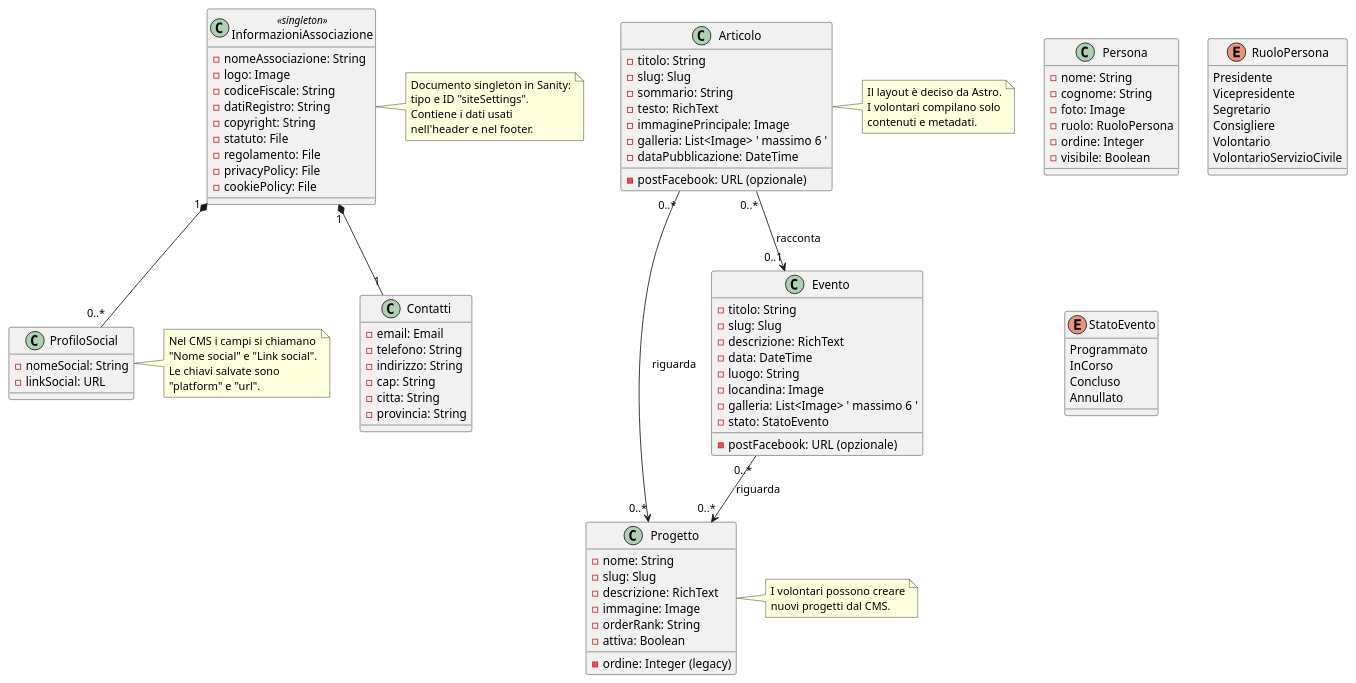
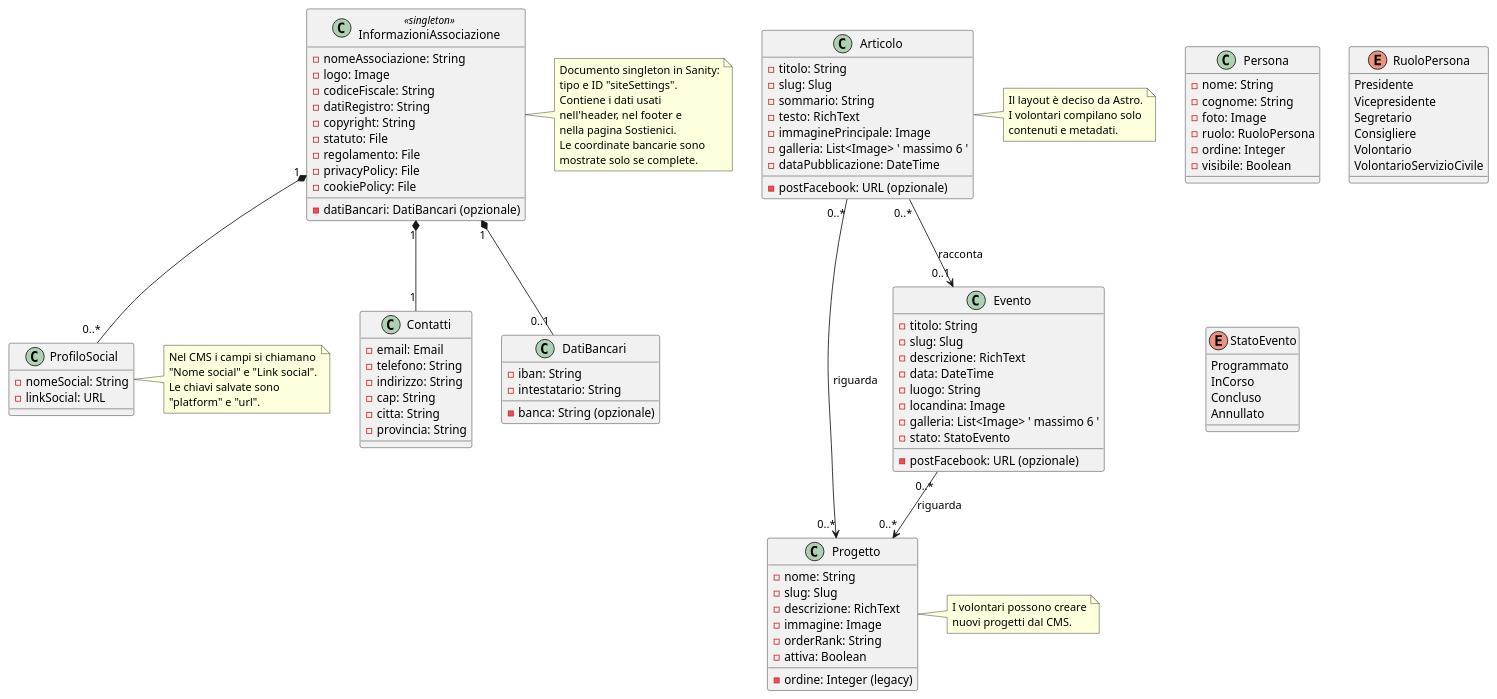
Before and after one commit to bickpenna/Assoe: the diagram in docs/class.puml, drawn with PlantUML. The commit also changed 14 other files, not shown here.

```diff
--- a/docs/class.puml
+++ b/docs/class.puml
@@ -1,135 +1,146 @@
 @startuml
 
 ' ============================================================
 ' Contenuti globali
 ' ============================================================
 
 class InformazioniAssociazione <<singleton>> {
     -nomeAssociazione: String
     -logo: Image
     -codiceFiscale: String
+    -datiBancari: DatiBancari (opzionale)
     -datiRegistro: String
     -copyright: String
     -statuto: File
     -regolamento: File
     -privacyPolicy: File
     -cookiePolicy: File
 }
 
 class Contatti {
     -email: Email
     -telefono: String
     -indirizzo: String
     -cap: String
     -citta: String
     -provincia: String
 }
 
 class ProfiloSocial {
     -nomeSocial: String
     -linkSocial: URL
+}
+
+class DatiBancari {
+    -iban: String
+    -intestatario: String
+    -banca: String (opzionale)
 }
 
 ' ============================================================
 ' Contenuti editoriali
 ' ============================================================
 
 class Progetto {
     -nome: String
     -slug: Slug
     -descrizione: RichText
     -immagine: Image
     -orderRank: String
     -ordine: Integer (legacy)
     -attiva: Boolean
 }
 
 class Articolo {
     -titolo: String
     -slug: Slug
     -sommario: String
     -testo: RichText
     -postFacebook: URL (opzionale)
     -immaginePrincipale: Image
     -galleria: List<Image> ' massimo 6 '
     -dataPubblicazione: DateTime
 }
 
 class Evento {
     -titolo: String
     -slug: Slug
     -descrizione: RichText
     -postFacebook: URL (opzionale)
     -data: DateTime
     -luogo: String
     -locandina: Image
     -galleria: List<Image> ' massimo 6 '
     -stato: StatoEvento
 }
 
 class Persona {
     -nome: String
     -cognome: String
     -foto: Image
     -ruolo: RuoloPersona
     -ordine: Integer
     -visibile: Boolean
 }
 
 ' ==============================================================
 ' Enumerazioni
 ' ==============================================================
 
 enum RuoloPersona {
     Presidente
     Vicepresidente
     Segretario
     Consigliere
     Volontario
     VolontarioServizioCivile
 }
 
 enum StatoEvento {
     Programmato
     InCorso
     Concluso
     Annullato
 }
 
 ' ============================================================
 ' Relazioni
 ' ============================================================
 
 InformazioniAssociazione "1" *-- "1" Contatti
 InformazioniAssociazione "1" *-- "0..*" ProfiloSocial
+InformazioniAssociazione "1" *-- "0..1" DatiBancari
 
 Articolo "0..*" --> "0..*" Progetto : riguarda
 Evento "0..*" --> "0..*" Progetto : riguarda
 Articolo "0..*" --> "0..1" Evento : racconta
 
 note right of InformazioniAssociazione
     Documento singleton in Sanity:
     tipo e ID "siteSettings".
     Contiene i dati usati
-    nell'header e nel footer.
+    nell'header, nel footer e
+    nella pagina Sostienici.
+    Le coordinate bancarie sono
+    mostrate solo se complete.
 end note
 
 note right of ProfiloSocial
     Nel CMS i campi si chiamano
     "Nome social" e "Link social".
     Le chiavi salvate sono
     "platform" e "url".
 end note
 
 note right of Progetto
     I volontari possono creare
     nuovi progetti dal CMS.
 end note
 
 note right of Articolo
     Il layout è deciso da Astro.
     I volontari compilano solo
     contenuti e metadati.
 end note
 
 @enduml
```
